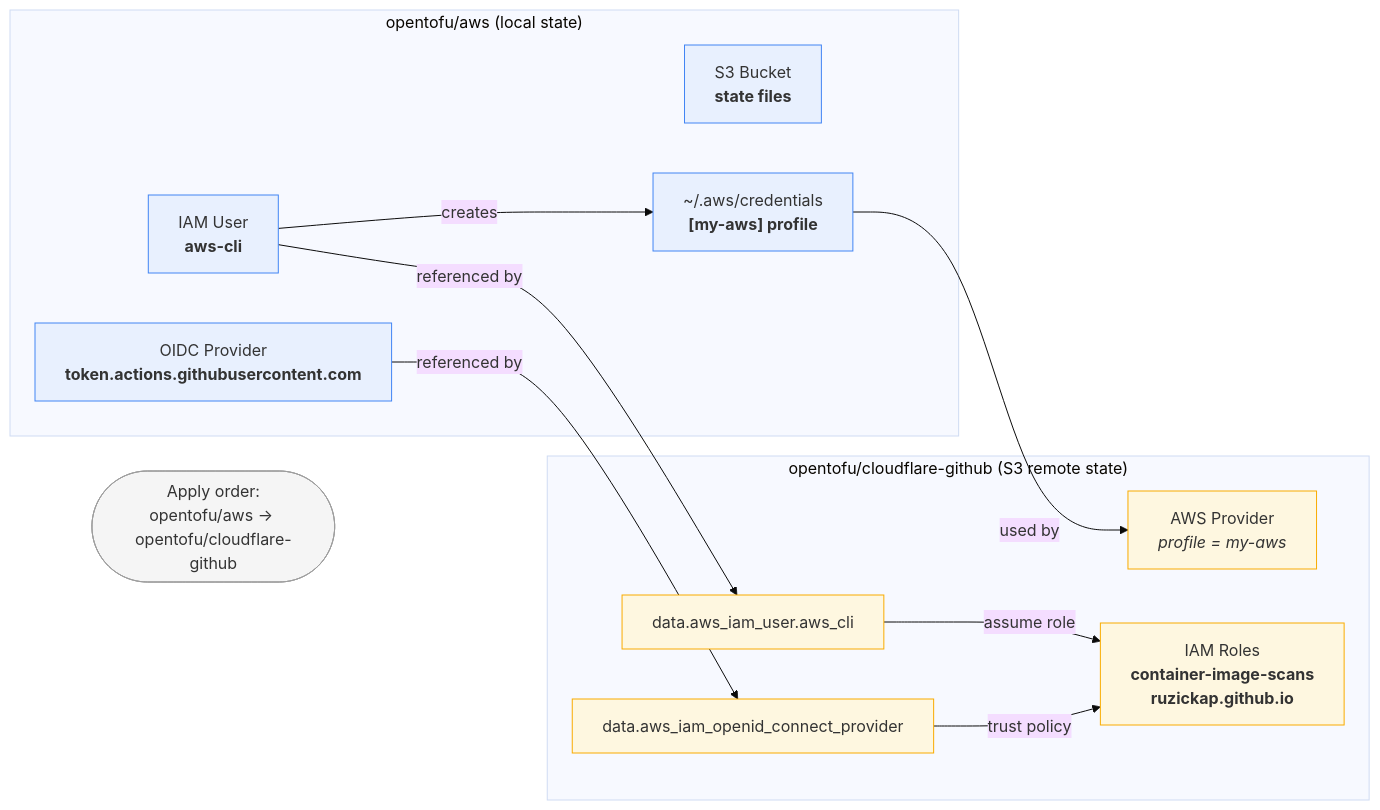
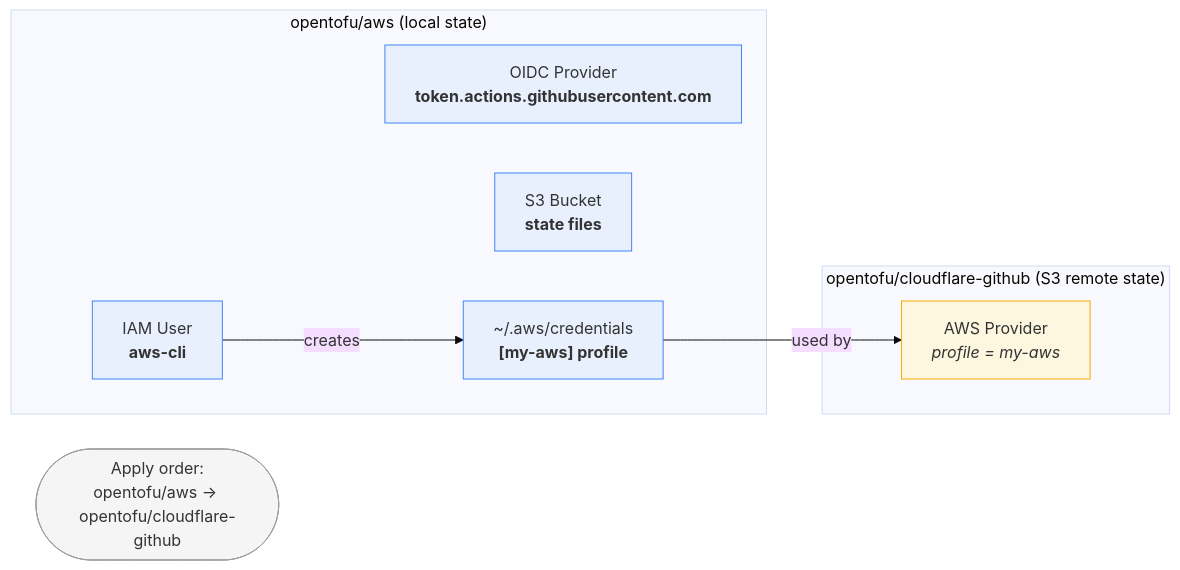
The second of 2 diagrams in opentofu/aws/README.md (ruzickap/my-git-projects), drawn with Mermaid (base theme) before and after one commit. The commit also changed 4 other files, not shown here.

Commit message:
refactor: clean up AWS IAM and SSM Parameter Store references

````diff
--- a/opentofu/aws/README.md
+++ b/opentofu/aws/README.md
@@ -86,33 +86,26 @@
 ```mermaid
 flowchart LR
     subgraph aws_module ["opentofu/aws (local state)"]
         iam_user_mod["IAM User<br/><b>aws-cli</b>"]
         oidc_prov["OIDC Provider<br/><b>token.actions.githubusercontent.com</b>"]
         s3_mod["S3 Bucket<br/><b>state files</b>"]
         aws_profile["~/.aws/credentials<br/><b>[my-aws] profile</b>"]
     end
 
     subgraph cf_module ["opentofu/cloudflare-github (S3 remote state)"]
         aws_provider["AWS Provider<br/><i>profile = my-aws</i>"]
-        data_oidc["data.aws_iam_openid_connect_provider"]
-        data_user["data.aws_iam_user.aws_cli"]
-        oidc_roles["IAM Roles<br/><b>container-image-scans</b><br/><b>ruzickap.github.io</b>"]
     end
 
     iam_user_mod -->|creates| aws_profile
     aws_profile -->|used by| aws_provider
-    oidc_prov -->|referenced by| data_oidc
-    iam_user_mod -->|referenced by| data_user
-    data_oidc -->|trust policy| oidc_roles
-    data_user -->|assume role| oidc_roles
 
     apply_order(["Apply order:<br/>opentofu/aws → opentofu/cloudflare-github"])
 
     classDef awsMod fill:#e8f0fe,stroke:#4285f4
     classDef cfMod fill:#fef7e0,stroke:#f9ab00
     classDef note fill:#f5f5f5,stroke:#9e9e9e
 
     class iam_user_mod,oidc_prov,s3_mod,aws_profile awsMod
-    class aws_provider,data_oidc,data_user,oidc_roles cfMod
+    class aws_provider cfMod
     class apply_order note
 ```
````
